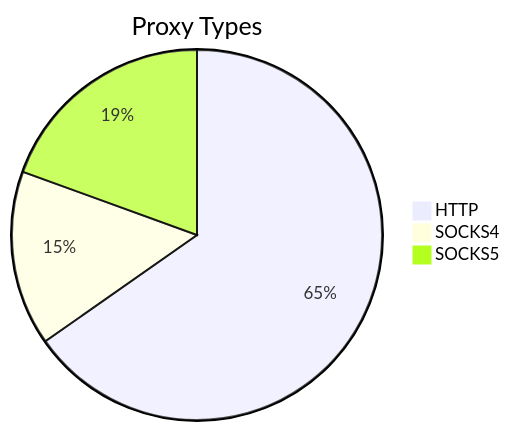
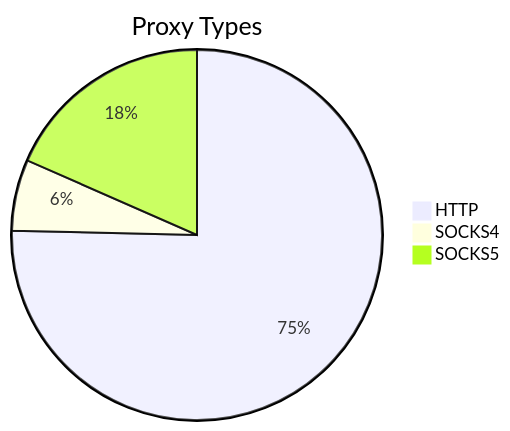
The first of 2 diagrams in README.md (stormsia/proxy-list), drawn with Mermaid before and after one commit. The commit also changed other lines of this file, not shown here.

````diff
--- a/README.md
+++ b/README.md
@@ -21,6 +21,6 @@
 ```mermaid
 pie title Proxy Types
-    "HTTP" : 265
-    "SOCKS4" : 62
-    "SOCKS5" : 79
+    "HTTP" : 303
+    "SOCKS4" : 25
+    "SOCKS5" : 74
 ```
````
